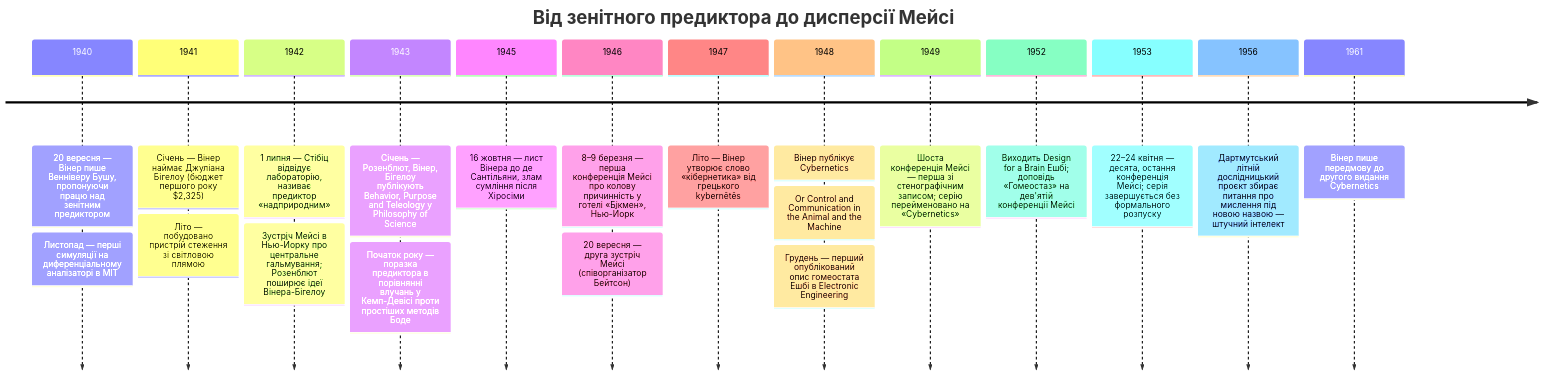
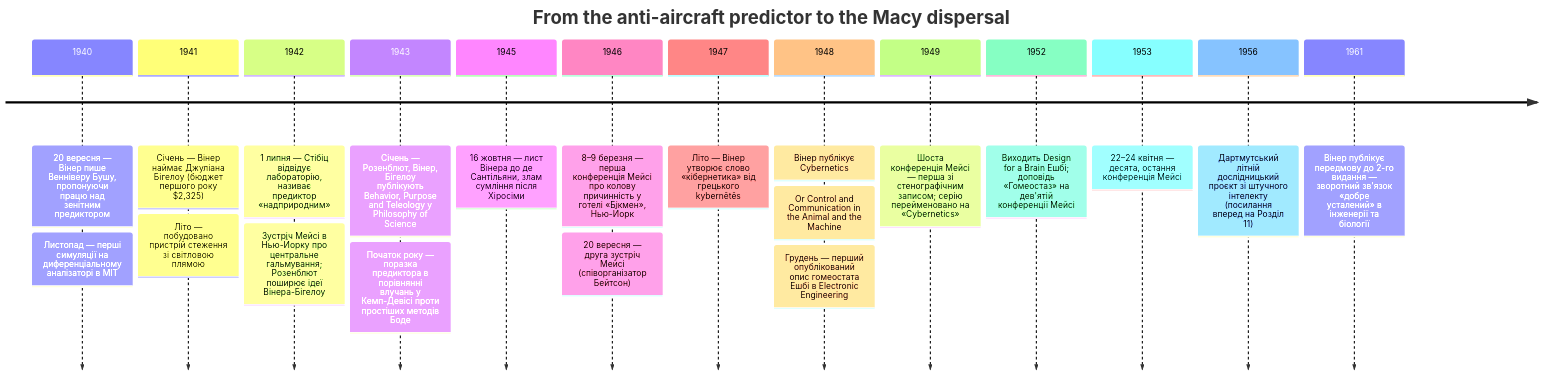
The diagram in src/content/docs/uk/ai-history/ch-06-the-cybernetics-movement.md (kube-dojo/kube-dojo), drawn with Mermaid before and after one commit. The commit also changed other lines of this file, not shown here.

````diff
--- a/src/content/docs/uk/ai-history/ch-06-the-cybernetics-movement.md
+++ b/src/content/docs/uk/ai-history/ch-06-the-cybernetics-movement.md
@@ -29,23 +35,23 @@
 ```mermaid
 timeline
-    title Від зенітного предиктора до дисперсії Мейсі
+    title From the anti-aircraft predictor to the Macy dispersal
     1940 : 20 вересня — Вінер пише Венніверу Бушу, пропонуючи працю над зенітним предиктором
          : Листопад — перші симуляції на диференціальному аналізаторі в MIT
     1941 : Січень — Вінер наймає Джуліана Бігелоу (бюджет першого року $2,325)
          : Літо — побудовано пристрій стеження зі світловою плямою
     1942 : 1 липня — Стібіц відвідує лабораторію, називає предиктор «надприродним»
          : Зустріч Мейсі в Нью-Йорку про центральне гальмування; Розенблют поширює ідеї Вінера-Бігелоу
     1943 : Січень — Розенблют, Вінер, Бігелоу публікують Behavior, Purpose and Teleology у Philosophy of Science
          : Початок року — поразка предиктора в порівнянні влучань у Кемп-Девісі проти простіших методів Боде
     1945 : 16 жовтня — лист Вінера до де Сантільяни, злам сумління після Хіросіми
     1946 : 8–9 березня — перша конференція Мейсі про колову причинність у готелі «Бікмен», Нью-Йорк
          : 20 вересня — друга зустріч Мейсі (співорганізатор Бейтсон)
     1947 : Літо — Вінер утворює слово «кібернетика» від грецького kybernētēs
     1948 : Вінер публікує Cybernetics: Or Control and Communication in the Animal and the Machine
          : Грудень — перший опублікований опис гомеостата Ешбі в Electronic Engineering
     1949 : Шоста конференція Мейсі — перша зі стенографічним записом; серію перейменовано на «Cybernetics»
     1952 : Виходить Design for a Brain Ешбі; доповідь «Гомеостаз» на дев'ятій конференції Мейсі
-    1953 : 22–24 квітня — десята, остання конференція Мейсі; серія завершується без формального розпуску
-    1956 : Дартмутський літній дослідницький проєкт збирає питання про мислення під новою назвою — штучний інтелект
-    1961 : Вінер пише передмову до другого видання Cybernetics
+    1953 : 22–24 квітня — десята, остання конференція Мейсі
+    1956 : Дартмутський літній дослідницький проєкт зі штучного інтелекту (посилання вперед на Розділ 11)
+    1961 : Вінер публікує передмову до 2-го видання — зворотний зв'язок «добре усталений» в інженерії та біології
 ```
````
